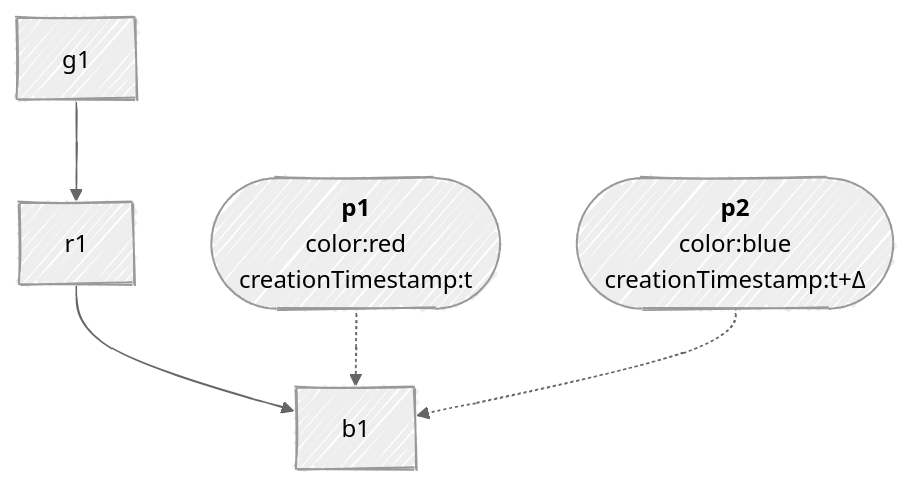
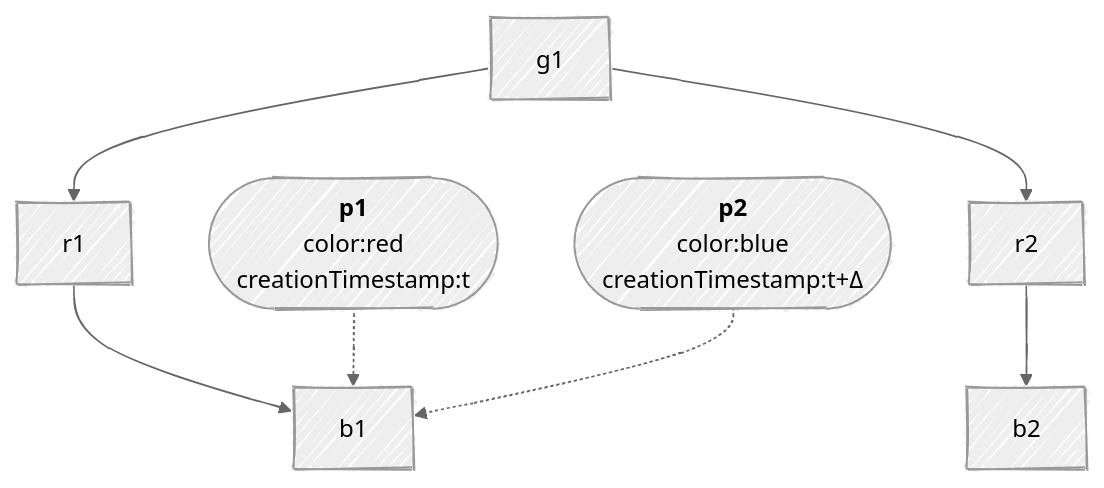
The third of 5 diagrams in geps/gep-713/index.md (kubernetes-sigs/gateway-api), drawn with Mermaid before and after one commit. The commit also changed other lines of this file, not shown here.

````diff
--- a/geps/gep-713/index.md
+++ b/geps/gep-713/index.md
@@ -620,19 +622,23 @@
 ```mermaid
 ---
 config:
   look: handDrawn
   theme: neutral
 ---
 graph
   g1@{ shape: rect }
   r1@{ shape: rect }
+  r2@{ shape: rect }
   b1@{ shape: rect }
+  b2@{ shape: rect }
   p1@{ shape: stadium, label: "**p1**\ncolor:red\ncreationTimestamp:t" }
   p2@{ shape: stadium, label: "**p2**\ncolor:blue\ncreationTimestamp:t+Δ" }
 
   g1 --> r1
+  g1 --> r2
   r1 --> b1
+  r2 --> b2
 
   p1 -.-> b1
   p2 -.-> b1
 ```
````
